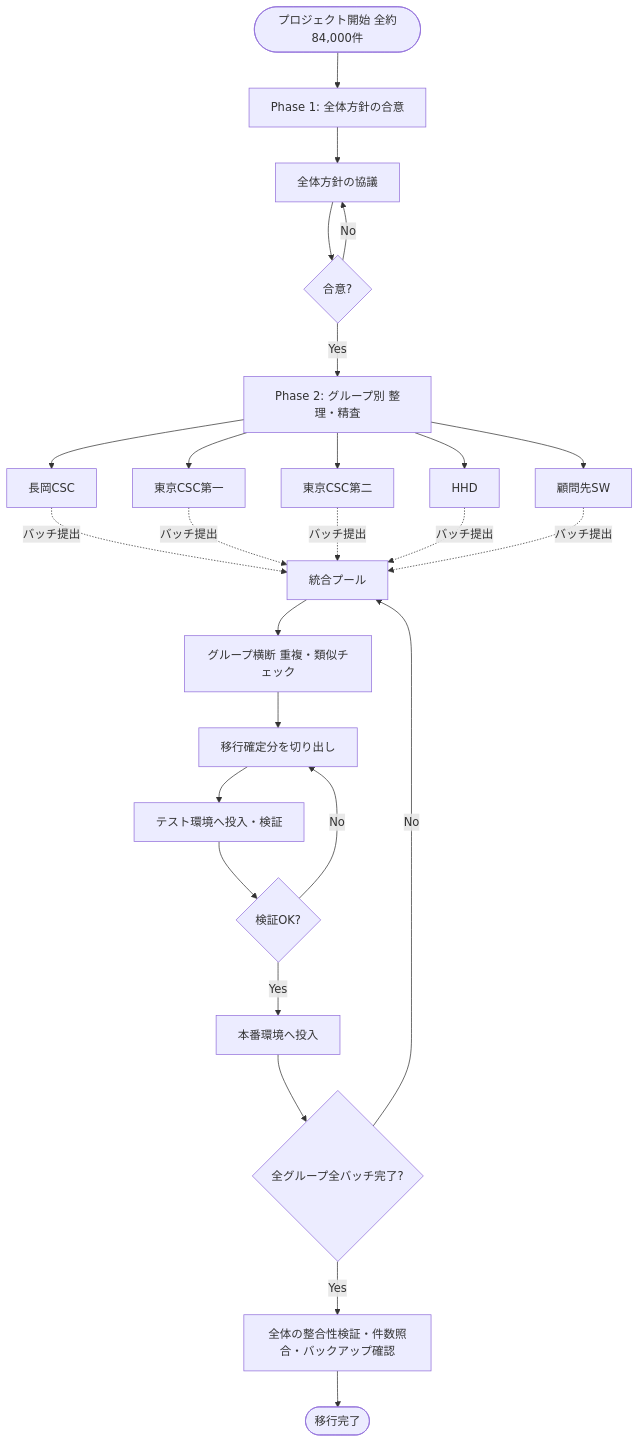
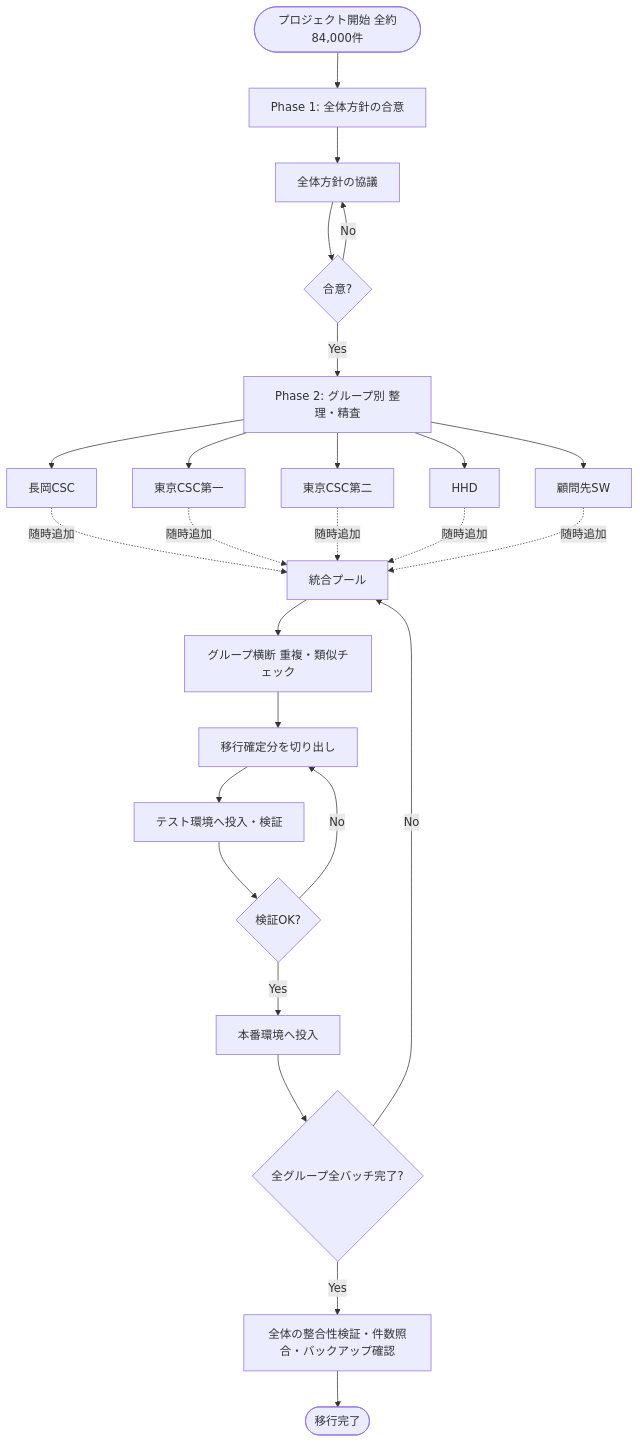
The diagram in knowledge_migration_plan_v7.md (mjsadmin/knowledge_migration_plan), drawn with Mermaid before and after one commit.

Commit message:
fix: グループから統合プールへのラベルを「随時追加」に変更
「バッチ提出」だと一括提出の意味合いになるため、
随時追加できることを明確にする表現に修正。

````diff
--- a/knowledge_migration_plan_v7.md
+++ b/knowledge_migration_plan_v7.md
@@ -1,42 +1,42 @@
 ```mermaid
 flowchart TD
     Start(["プロジェクト開始 全約84,000件"])
 
     Start --> P1
 
     P1["Phase 1: 全体方針の合意"]
     P1 --> P1_1["全体方針の協議"]
     P1_1 --> P1_2{"合意?"}
     P1_2 -- No --> P1_1
     P1_2 -- Yes --> P2
 
     P2["Phase 2: グループ別 整理・精査"]
 
     P2 --> G1["長岡CSC"]
     P2 --> G2["東京CSC第一"]
     P2 --> G3["東京CSC第二"]
     P2 --> G4["HHD"]
     P2 --> G5["顧問先SW"]
 
-    G1 -. "バッチ提出" .-> POOL
-    G2 -. "バッチ提出" .-> POOL
-    G3 -. "バッチ提出" .-> POOL
-    G4 -. "バッチ提出" .-> POOL
-    G5 -. "バッチ提出" .-> POOL
+    G1 -. "随時追加" .-> POOL
+    G2 -. "随時追加" .-> POOL
+    G3 -. "随時追加" .-> POOL
+    G4 -. "随時追加" .-> POOL
+    G5 -. "随時追加" .-> POOL
 
     POOL["統合プール"]
     POOL --> CROSS["グループ横断 重複・類似チェック"]
     CROSS --> FIX["移行確定分を切り出し"]
 
     FIX --> TEST["テスト環境へ投入・検証"]
     TEST --> TEST_Q{"検証OK?"}
     TEST_Q -- No --> FIX
     TEST_Q -- Yes --> PROD["本番環境へ投入"]
 
     PROD --> ALL_Q{"全グループ全バッチ完了?"}
     ALL_Q -- No --> POOL
     ALL_Q -- Yes --> FINAL
 
     FINAL["全体の整合性検証・件数照合・バックアップ確認"]
     FINAL --> End(["移行完了"])
 ```
````
